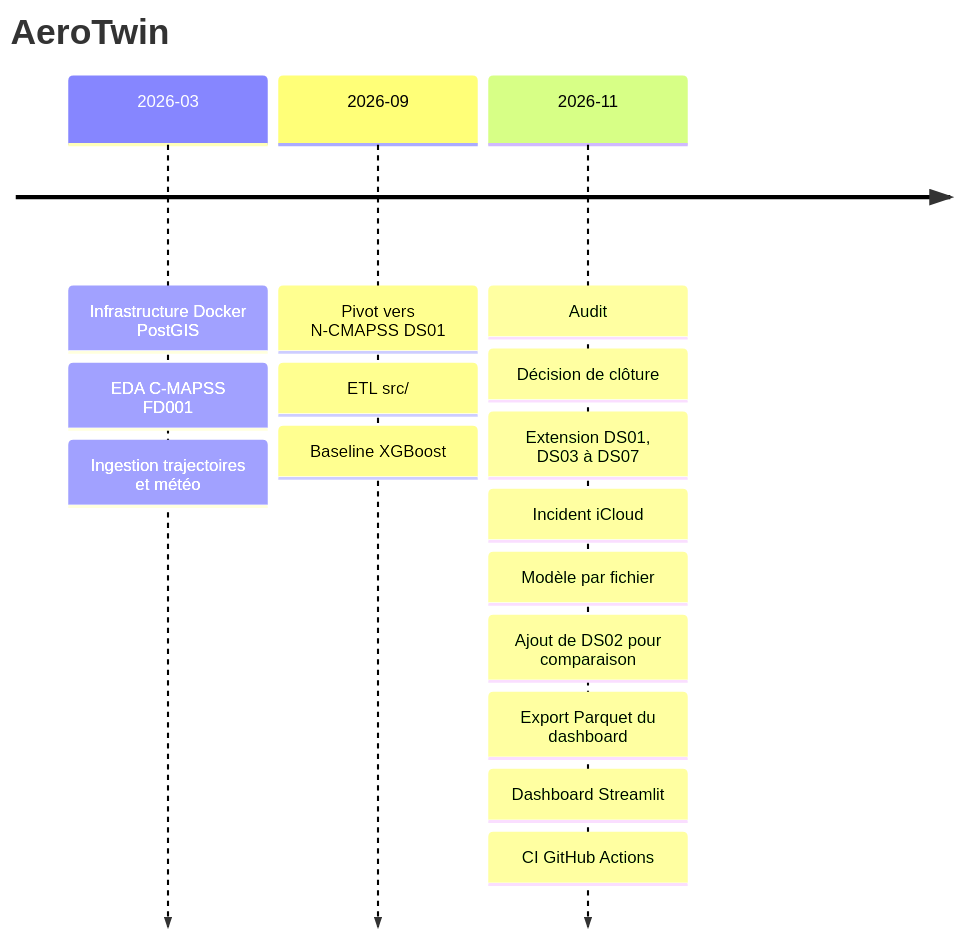
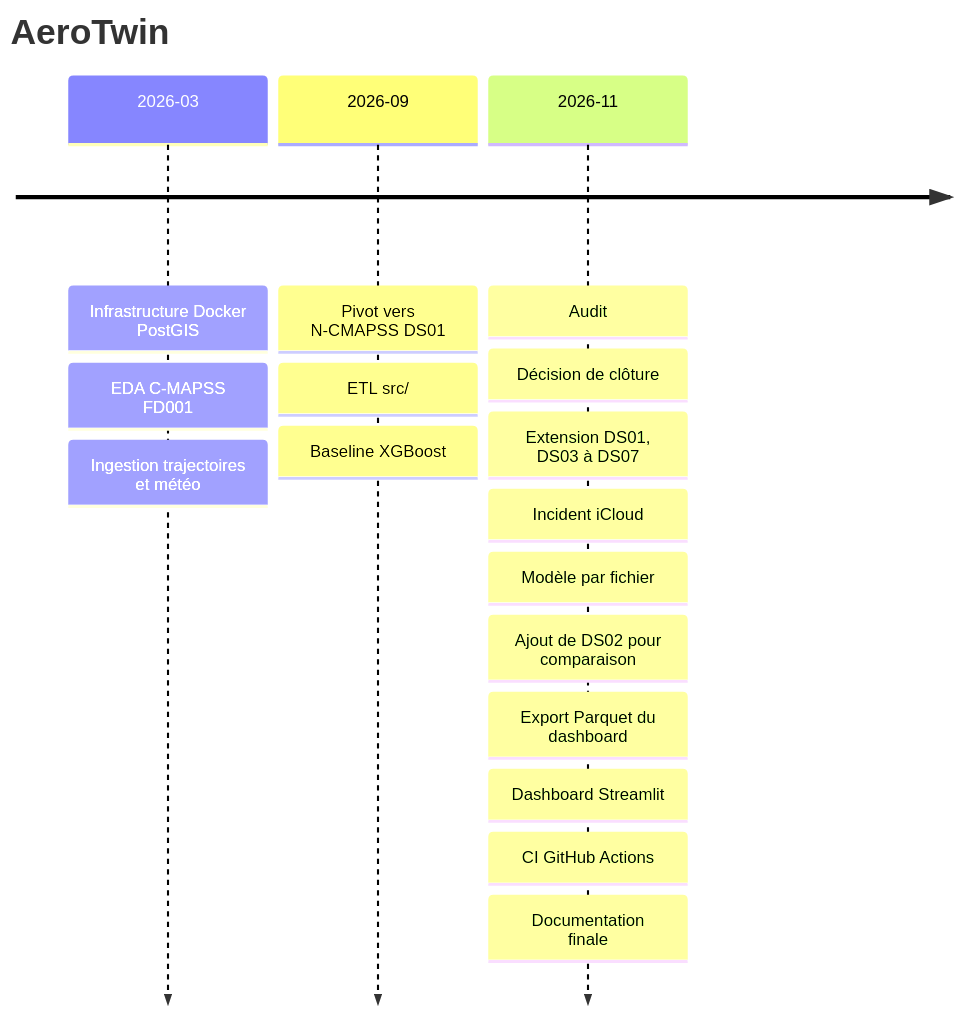
The diagram in docs/CHRONOLOGIE.md (Willthethreat8/aerotwin), drawn with Mermaid before and after one commit. The commit also changed other lines of this file and 3 other files, not shown here.

Commit message:
Finalise le README, la ROADMAP et le CHANGELOG

````diff
--- a/docs/CHRONOLOGIE.md
+++ b/docs/CHRONOLOGIE.md
@@ -3,7 +3,7 @@
 ```mermaid
 timeline
     title AeroTwin
     2026-03 : Infrastructure Docker PostGIS : EDA C-MAPSS FD001 : Ingestion trajectoires et météo
     2026-09 : Pivot vers N-CMAPSS DS01 : ETL src/ : Baseline XGBoost
-    2026-11 : Audit : Décision de clôture : Extension DS01, DS03 à DS07 : Incident iCloud : Modèle par fichier : Ajout de DS02 pour comparaison : Export Parquet du dashboard : Dashboard Streamlit : CI GitHub Actions
+    2026-11 : Audit : Décision de clôture : Extension DS01, DS03 à DS07 : Incident iCloud : Modèle par fichier : Ajout de DS02 pour comparaison : Export Parquet du dashboard : Dashboard Streamlit : CI GitHub Actions : Documentation finale
 ```
````
